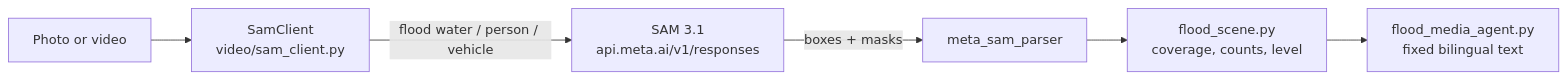
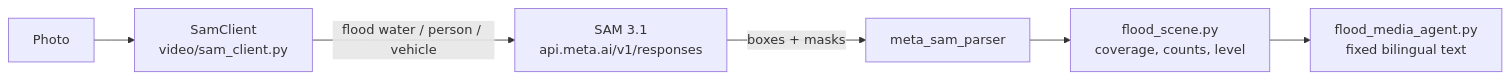
The diagram in docs/flood_media.md (kennethmedes28/Flood-Gentic), drawn with Mermaid before and after one commit. The commit also changed other lines of this file and 35 other files, not shown here.

````diff
--- a/docs/flood_media.md
+++ b/docs/flood_media.md
@@ -19,8 +19,8 @@
 ```mermaid
 flowchart LR
-    M[Photo or video] --> S["SamClient<br/>video/sam_client.py"]
+    M[Photo] --> S["SamClient<br/>video/sam_client.py"]
     S -->|"flood water / person / vehicle"| A["SAM 3.1<br/>api.meta.ai/v1/responses"]
     A -->|boxes + masks| P[meta_sam_parser]
     P --> F["flood_scene.py<br/>coverage, counts, level"]
     F --> G["flood_media_agent.py<br/>fixed bilingual text"]
 ```
````
